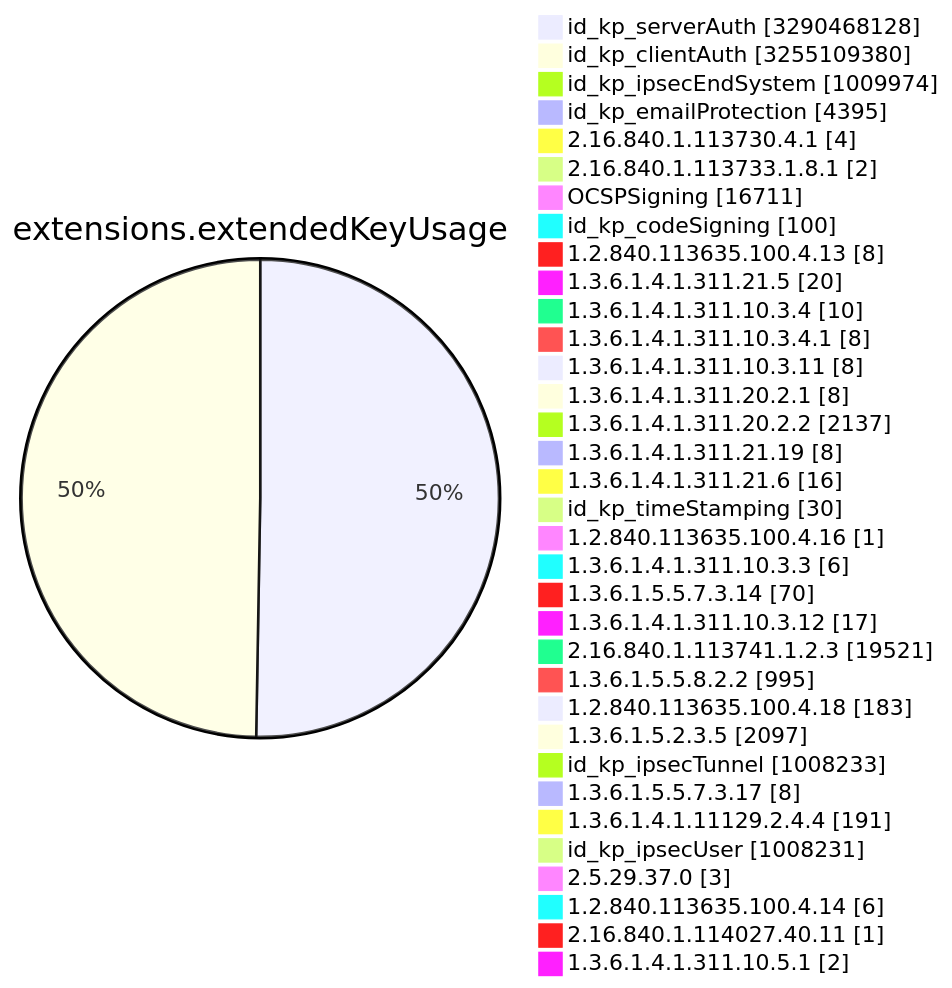
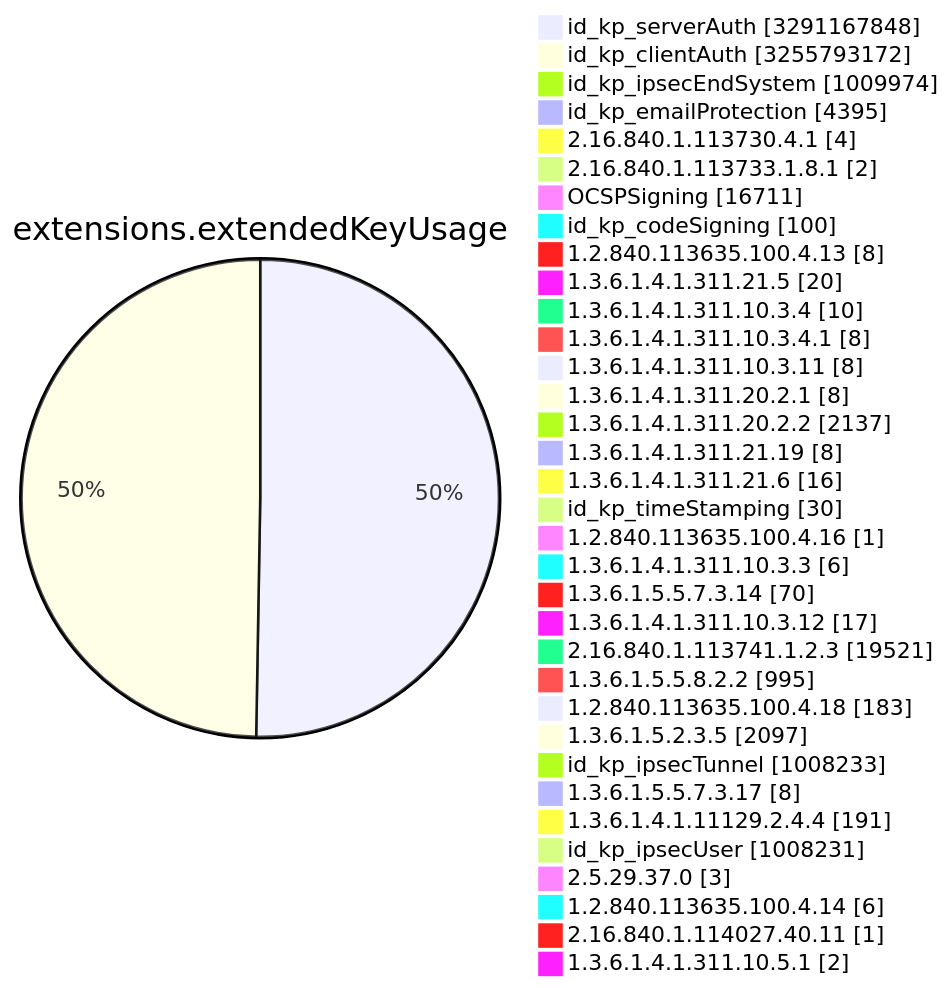
One commit to christiankrug/ctmonitor_visualization changed diagram 11 of 15 in TOTAL/README.md. Above: the diagram before and after it, drawn with Mermaid. The commit also changed other lines of this file, not shown here.

````diff
--- a/TOTAL/README.md
+++ b/TOTAL/README.md
@@ -4120,38 +4120,38 @@
 ```mermaid
 pie showData
 title extensions.extendedKeyUsage
-"id_kp_serverAuth" :3290468128
-"id_kp_clientAuth" :3255109380
+"id_kp_serverAuth" :3291167848
+"id_kp_clientAuth" :3255793172
 "id_kp_ipsecEndSystem" :1009974
 "id_kp_emailProtection" :4395
 "2.16.840.1.113730.4.1" :4
 "2.16.840.1.113733.1.8.1" :2
 "OCSPSigning" :16711
 "id_kp_codeSigning" :100
 "1.2.840.113635.100.4.13" :8
 "1.3.6.1.4.1.311.21.5" :20
 "1.3.6.1.4.1.311.10.3.4" :10
 "1.3.6.1.4.1.311.10.3.4.1" :8
 "1.3.6.1.4.1.311.10.3.11" :8
 "1.3.6.1.4.1.311.20.2.1" :8
 "1.3.6.1.4.1.311.20.2.2" :2137
 "1.3.6.1.4.1.311.21.19" :8
 "1.3.6.1.4.1.311.21.6" :16
 "id_kp_timeStamping" :30
 "1.2.840.113635.100.4.16" :1
 "1.3.6.1.4.1.311.10.3.3" :6
 "1.3.6.1.5.5.7.3.14" :70
 "1.3.6.1.4.1.311.10.3.12" :17
 "2.16.840.1.113741.1.2.3" :19521
 "1.3.6.1.5.5.8.2.2" :995
 "1.2.840.113635.100.4.18" :183
 "1.3.6.1.5.2.3.5" :2097
 "id_kp_ipsecTunnel" :1008233
 "1.3.6.1.5.5.7.3.17" :8
 "1.3.6.1.4.1.11129.2.4.4" :191
 "id_kp_ipsecUser" :1008231
 "2.5.29.37.0" :3
 "1.2.840.113635.100.4.14" :6
 "2.16.840.1.114027.40.11" :1
 "1.3.6.1.4.1.311.10.5.1" :2
 ```
````
